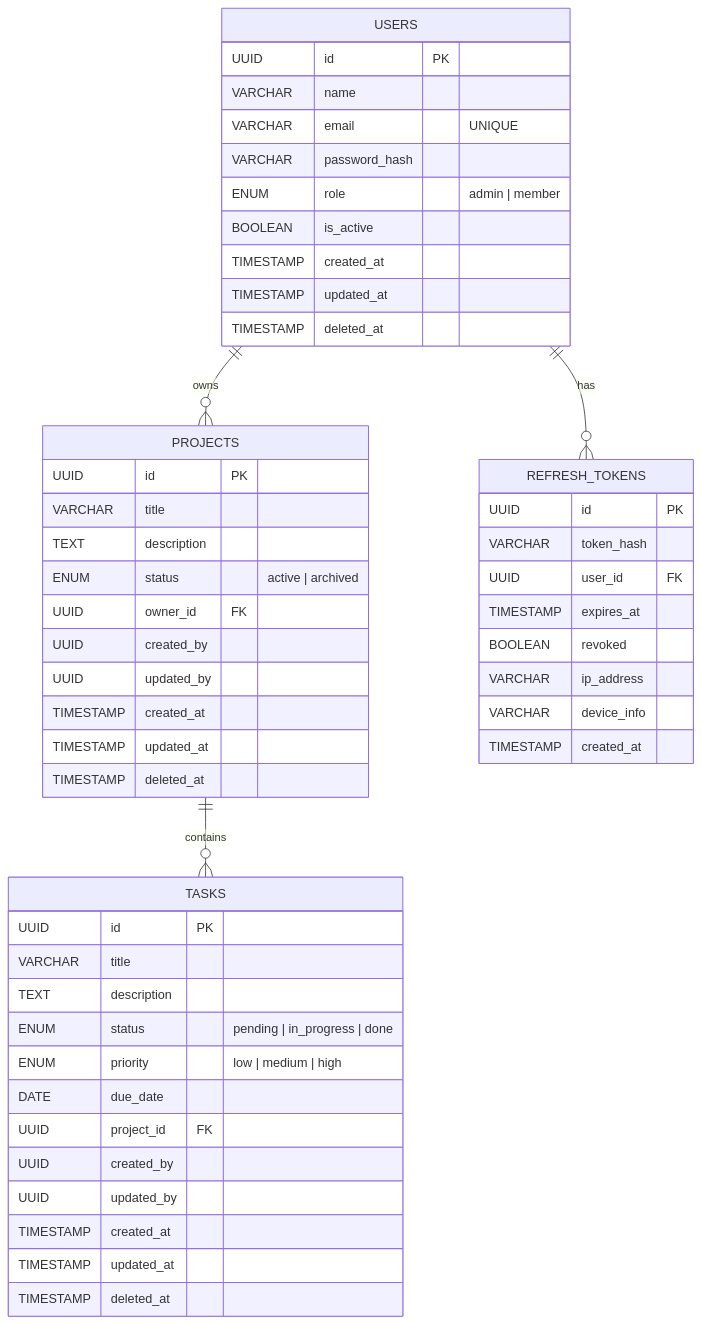
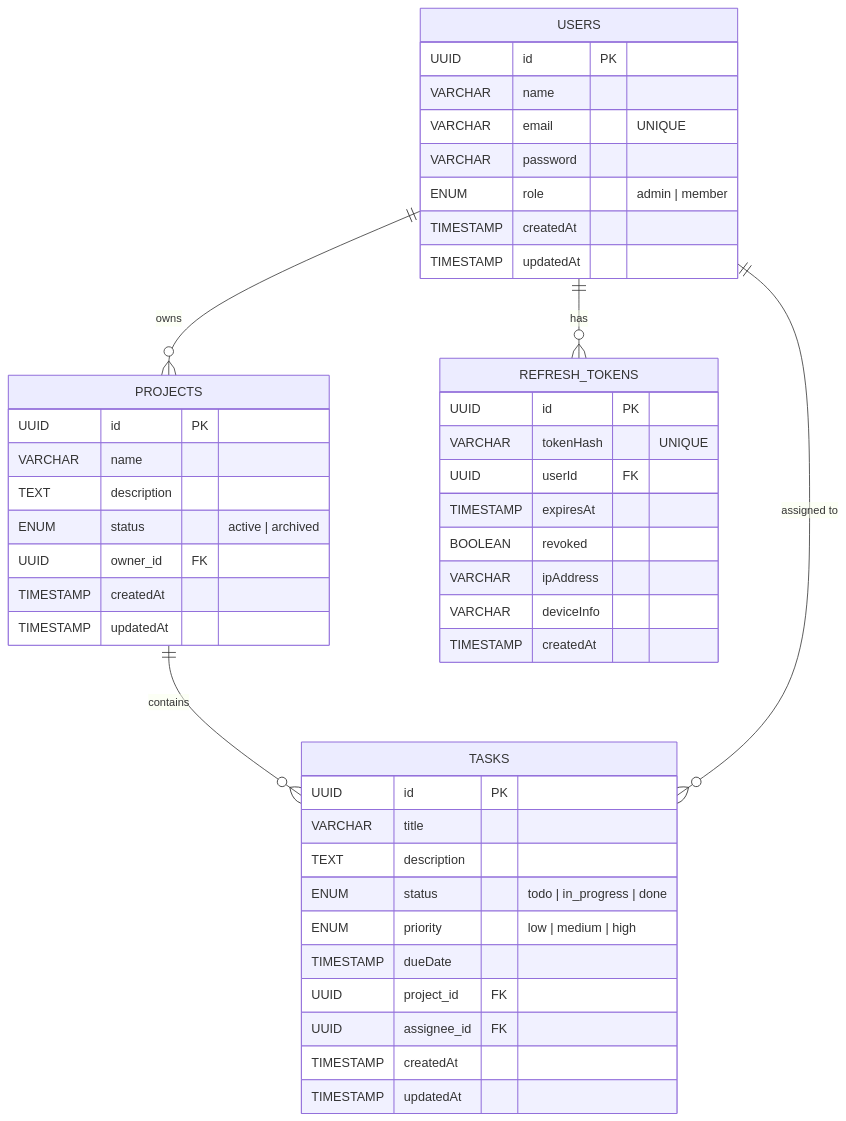
Before and after one commit to Moaz-ashraf1/Project-Task-Management-System: the third of 3 diagrams in README.md, drawn with Mermaid. The commit also changed other lines of this file, not shown here.

````diff
--- a/README.md
+++ b/README.md
@@ -135,59 +90,52 @@
 ```mermaid
 erDiagram
 
     USERS {
         UUID id PK
         VARCHAR name
         VARCHAR email "UNIQUE"
-        VARCHAR password_hash
+        VARCHAR password
         ENUM role "admin | member"
-        BOOLEAN is_active
-        TIMESTAMP created_at
-        TIMESTAMP updated_at
-        TIMESTAMP deleted_at
+        TIMESTAMP createdAt
+        TIMESTAMP updatedAt
     }
 
     PROJECTS {
         UUID id PK
-        VARCHAR title
+        VARCHAR name
         TEXT description
         ENUM status "active | archived"
         UUID owner_id FK
-        UUID created_by
-        UUID updated_by
-        TIMESTAMP created_at
-        TIMESTAMP updated_at
-        TIMESTAMP deleted_at
+        TIMESTAMP createdAt
+        TIMESTAMP updatedAt
     }
 
     TASKS {
         UUID id PK
         VARCHAR title
         TEXT description
-        ENUM status "pending | in_progress | done"
+        ENUM status "todo | in_progress | done"
         ENUM priority "low | medium | high"
-        DATE due_date
+        TIMESTAMP dueDate
         UUID project_id FK
-        UUID created_by
-        UUID updated_by
-        TIMESTAMP created_at
-        TIMESTAMP updated_at
-        TIMESTAMP deleted_at
+        UUID assignee_id FK
+        TIMESTAMP createdAt
+        TIMESTAMP updatedAt
     }
 
     REFRESH_TOKENS {
         UUID id PK
-        VARCHAR token_hash
-        UUID user_id FK
-        TIMESTAMP expires_at
+        VARCHAR tokenHash "UNIQUE"
+        UUID userId FK
+        TIMESTAMP expiresAt
         BOOLEAN revoked
-        VARCHAR ip_address
-        VARCHAR device_info
-        TIMESTAMP created_at
+        VARCHAR ipAddress
+        VARCHAR deviceInfo
+        TIMESTAMP createdAt
     }
 
-    %% Relationships
     USERS ||--o{ PROJECTS : "owns"
     PROJECTS ||--o{ TASKS : "contains"
+    USERS ||--o{ TASKS : "assigned to"
     USERS ||--o{ REFRESH_TOKENS : "has"
 ```
````
